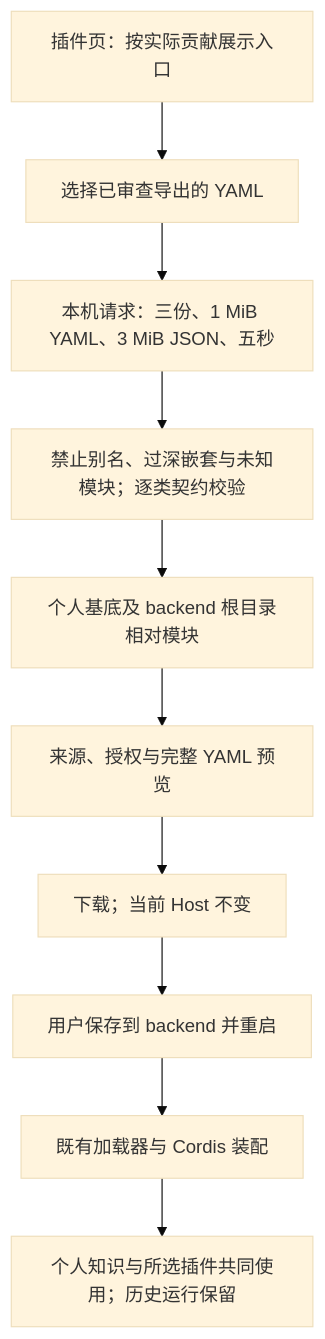
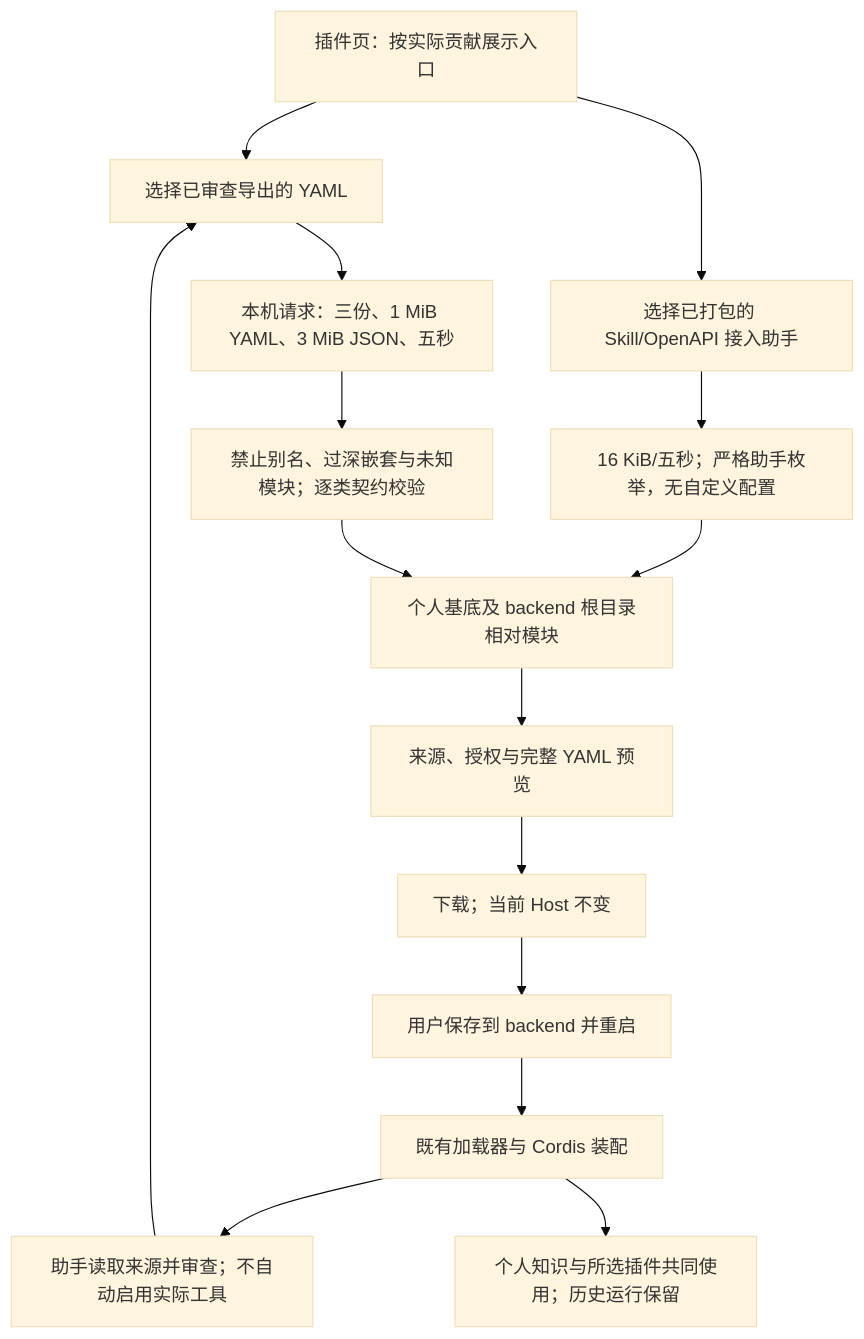
One commit to KlayPeter/AI-Delivery-Ops-Agent changed the diagram in backend/src/connectors/profile-workbench/FEATURE.md. Above: the diagram before and after it, drawn with Mermaid (base theme). The commit also changed other lines of this file and 25 other files, not shown here.

Commit message:
feat: enable Skill and OpenAPI assistants from the plugin workspace

````diff
--- a/backend/src/connectors/profile-workbench/FEATURE.md
+++ b/backend/src/connectors/profile-workbench/FEATURE.md
@@ -19,12 +19,17 @@
 ```mermaid
 flowchart TD
     C[插件页：按实际贡献展示入口] --> F[选择已审查导出的 YAML]
+    C --> A[选择已打包的 Skill/OpenAPI 接入助手]
+    A --> Q[16 KiB/五秒；严格助手枚举，无自定义配置]
+    Q --> P
+    H --> DISCOVERY[助手读取来源并审查；不自动启用实际工具]
+    DISCOVERY --> F
     F --> R[本机请求：三份、1 MiB YAML、3 MiB JSON、五秒]
     R --> S[禁止别名、过深嵌套与未知模块；逐类契约校验]
     S --> P[个人基底及 backend 根目录相对模块]
     P --> V[来源、授权与完整 YAML 预览]
     V --> D[下载；当前 Host 不变]
     D --> U[用户保存到 backend 并重启]
     U --> H[既有加载器与 Cordis 装配]
     H --> K[个人知识与所选插件共同使用；历史运行保留]
 ```
````
